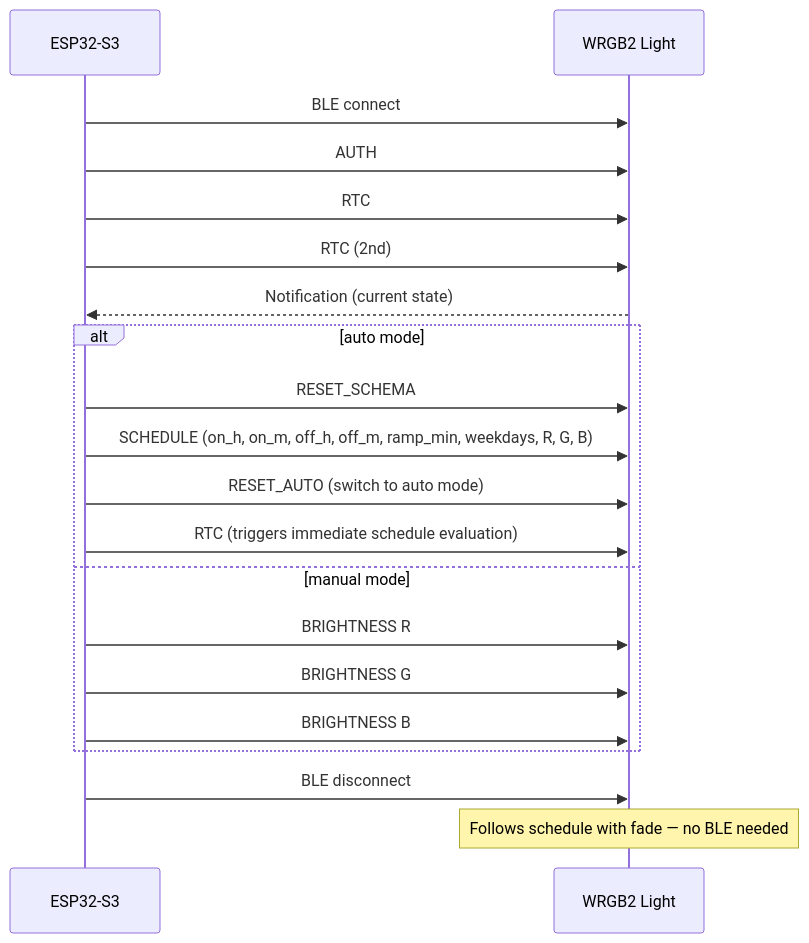
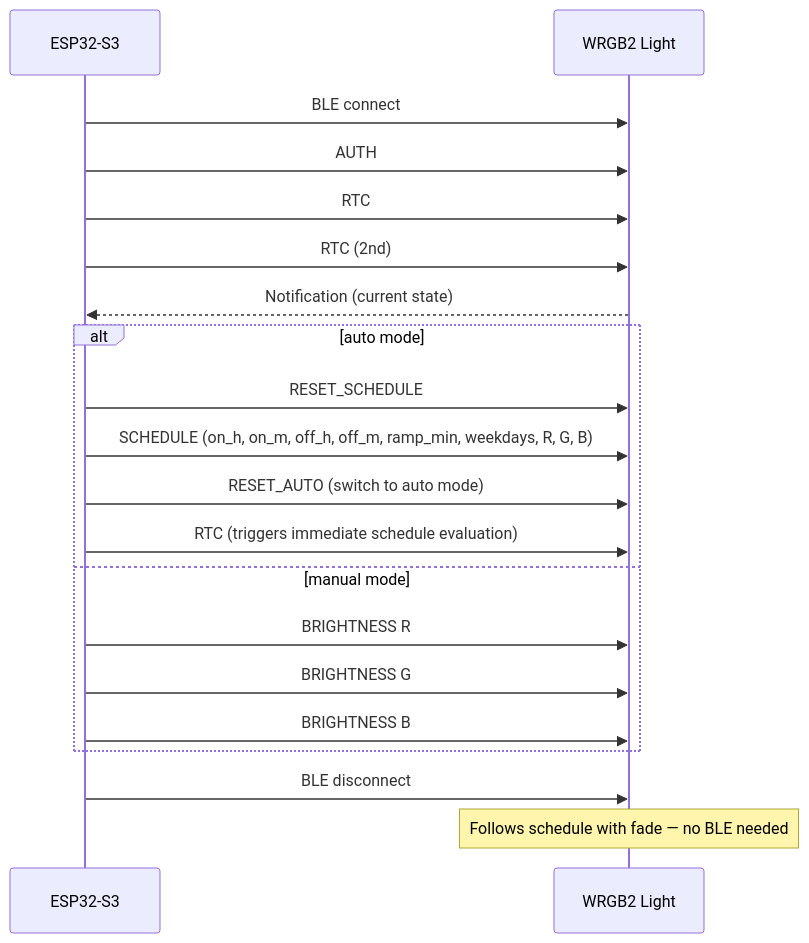
One commit to JoshuaSeidel/chihiros-esphome changed the seventh of 9 diagrams in README.md. Above: the diagram before and after it, drawn with Mermaid. The commit also changed other lines of this file and 12 other files, not shown here.

````diff
--- a/README.md
+++ b/README.md
@@ -576,23 +576,23 @@
 ```mermaid
 sequenceDiagram
     participant ESP as ESP32-S3
     participant WRG as WRGB2 Light
 
     ESP->>WRG: BLE connect
     ESP->>WRG: AUTH
     ESP->>WRG: RTC
     ESP->>WRG: RTC (2nd)
     WRG-->>ESP: Notification (current state)
     alt auto mode
-        ESP->>WRG: RESET_SCHEMA
+        ESP->>WRG: RESET_SCHEDULE
         ESP->>WRG: SCHEDULE (on_h, on_m, off_h, off_m, ramp_min, weekdays, R, G, B)
         ESP->>WRG: RESET_AUTO (switch to auto mode)
         ESP->>WRG: RTC (triggers immediate schedule evaluation)
     else manual mode
         ESP->>WRG: BRIGHTNESS R
         ESP->>WRG: BRIGHTNESS G
         ESP->>WRG: BRIGHTNESS B
     end
     ESP->>WRG: BLE disconnect
     Note over WRG: Follows schedule with fade — no BLE needed
 ```
````
